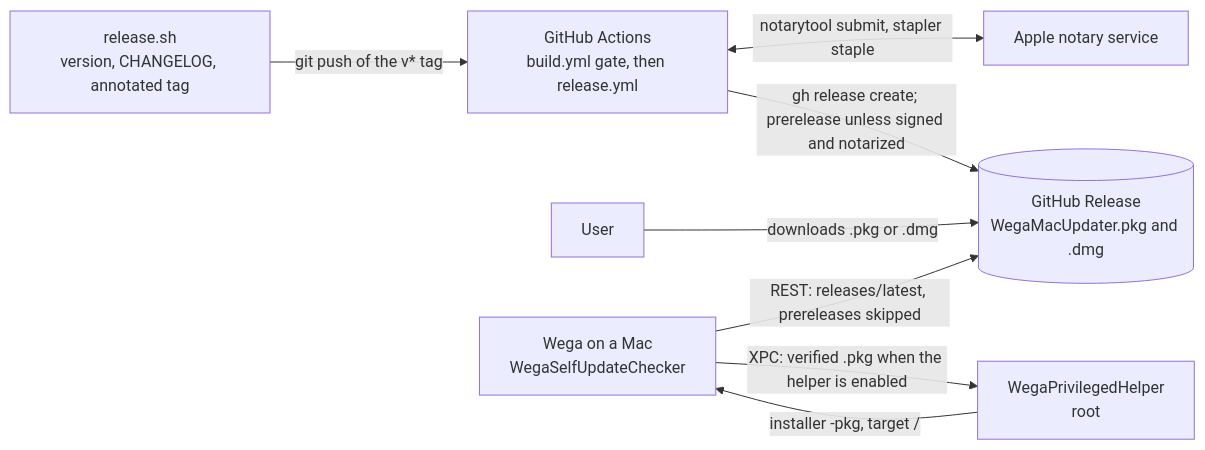
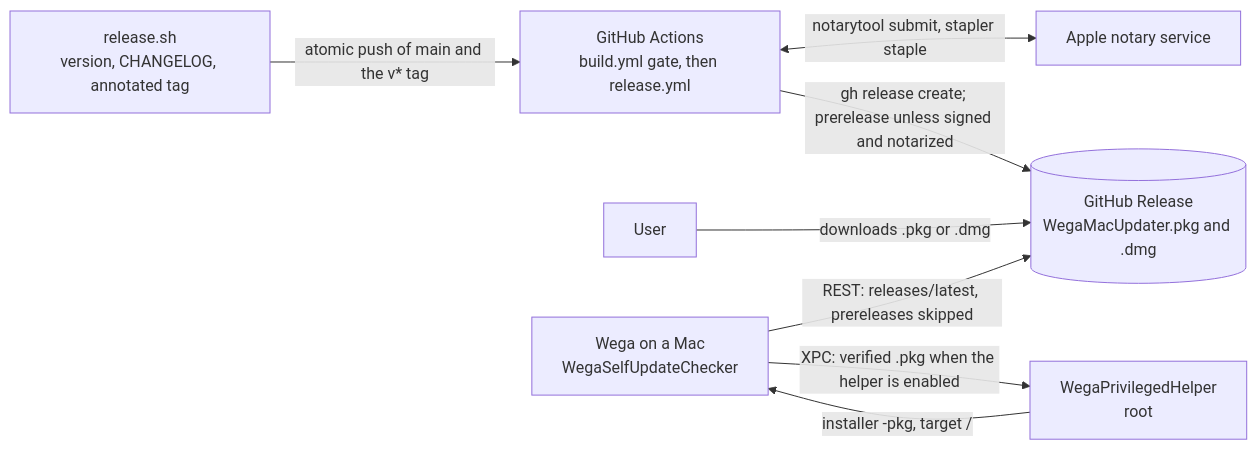
Before and after one commit to DominikSienkiewicz/WegaMacUpdater: the sixth of 6 diagrams in README.md, drawn with Mermaid. The commit also changed other lines of this file and 5 other files, not shown here.

````diff
--- a/README.md
+++ b/README.md
@@ -267,18 +267,18 @@
 ```mermaid
 flowchart LR
     tag["release.sh<br/>version, CHANGELOG, annotated tag"]
     ci["GitHub Actions<br/>build.yml gate, then release.yml"]
     notary["Apple notary service"]
     rel[("GitHub Release<br/>WegaMacUpdater.pkg and .dmg")]
     wega["Wega on a Mac<br/>WegaSelfUpdateChecker"]
     helper["WegaPrivilegedHelper<br/>root"]
     user["User"]
 
-    tag -->|"git push of the v* tag"| ci
+    tag -->|"atomic push of main and the v* tag"| ci
     ci <-->|"notarytool submit, stapler staple"| notary
     ci -->|"gh release create; prerelease unless signed and notarized"| rel
     user -->|"downloads .pkg or .dmg"| rel
     wega -->|"REST: releases/latest, prereleases skipped"| rel
     wega -->|"XPC: verified .pkg when the helper is enabled"| helper
     helper -->|"installer -pkg, target /"| wega
 ```
````
